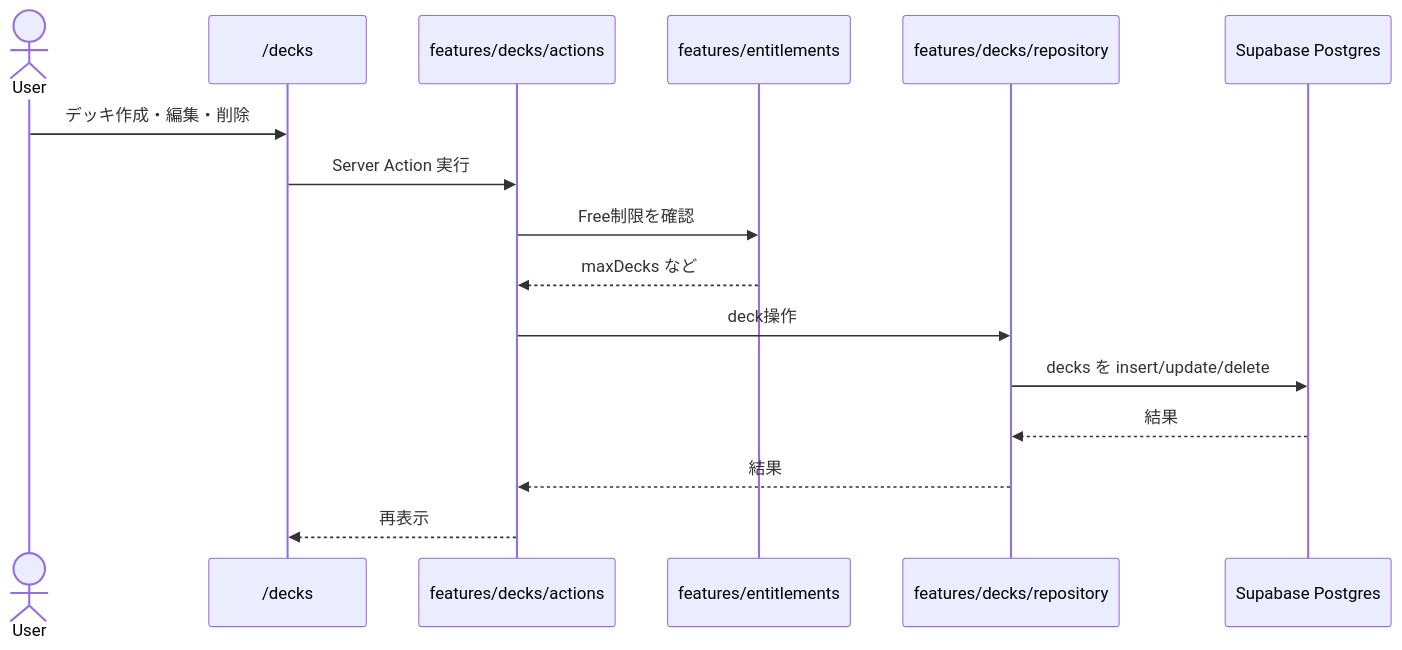
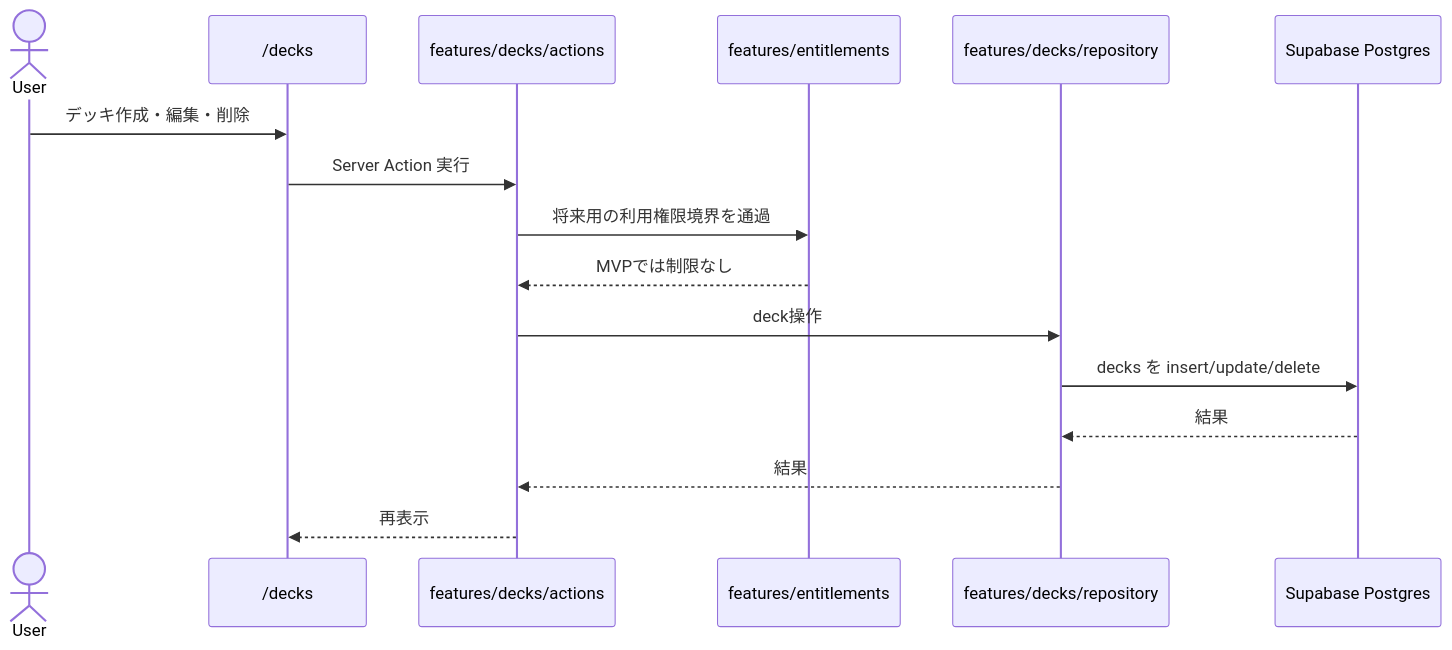
Before and after one commit to wawawatamasa0218-cmyk/recall-grid: the first of 5 diagrams in docs/diagrams/03-feature-flow.md, drawn with Mermaid. The commit also changed other lines of this file and 13 other files, not shown here.

````diff
--- a/docs/diagrams/03-feature-flow.md
+++ b/docs/diagrams/03-feature-flow.md
@@ -7,19 +7,19 @@
 ```mermaid
 sequenceDiagram
   actor U as User
   participant P as /decks
   participant A as features/decks/actions
   participant E as features/entitlements
   participant R as features/decks/repository
   participant DB as Supabase Postgres
 
   U->>P: デッキ作成・編集・削除
   P->>A: Server Action 実行
-  A->>E: Free制限を確認
-  E-->>A: maxDecks など
+  A->>E: 将来用の利用権限境界を通過
+  E-->>A: MVPでは制限なし
   A->>R: deck操作
   R->>DB: decks を insert/update/delete
   DB-->>R: 結果
   R-->>A: 結果
   A-->>P: 再表示
 ```
````
